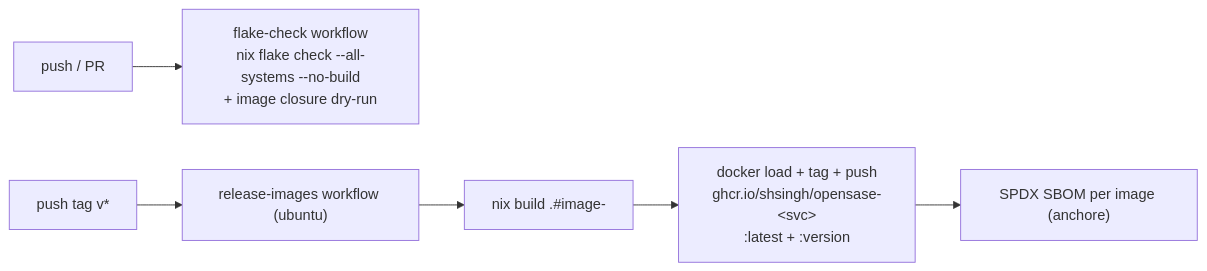
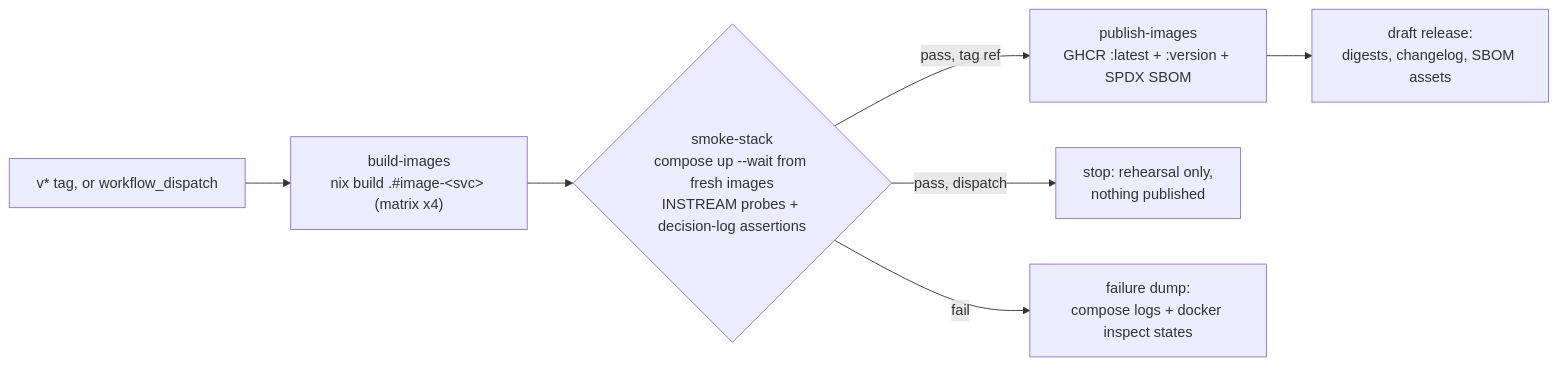
One commit to shsingh/opensase changed the diagram in docs/ci-release.qmd. Above: the diagram before and after it, drawn with Mermaid. The commit also changed other lines of this file and 5 other files, not shown here.

First line of the commit message:
docs(site): smoke gate + rehearsal ledger on CI & Release page; technical tone pass

````diff
--- a/docs/ci-release.qmd
+++ b/docs/ci-release.qmd
@@ -7,8 +9,9 @@
 ```{mermaid}
 flowchart LR
-    push["push / PR"] --> chk["flake-check workflow<br/>nix flake check --all-systems --no-build<br/>+ image closure dry-run"]
-    tag["push tag v*"] --> rel["release-images workflow (ubuntu)"]
-    rel --> build["nix build .#image-<svc>"]
-    build --> pushghcr["docker load + tag + push<br/>ghcr.io/shsingh/opensase-&lt;svc&gt;<br/>:latest + :version"]
-    pushghcr --> sbom["SPDX SBOM per image (anchore)"]
+    trig["v* tag, or workflow_dispatch"] --> build["build-images<br/>nix build .#image-&lt;svc&gt; (matrix x4)"]
+    build --> smoke{"smoke-stack<br/>compose up --wait from fresh images<br/>INSTREAM probes + decision-log assertions"}
+    smoke -- "pass, tag ref" --> pub["publish-images<br/>GHCR :latest + :version + SPDX SBOM"]
+    smoke -- "pass, dispatch" --> rehearse["stop: rehearsal only,<br/>nothing published"]
+    smoke -- "fail" --> dump["failure dump:<br/>compose logs + docker inspect states"]
+    pub --> notes["draft release:<br/>digests, changelog, SBOM assets"]
 ```
````
